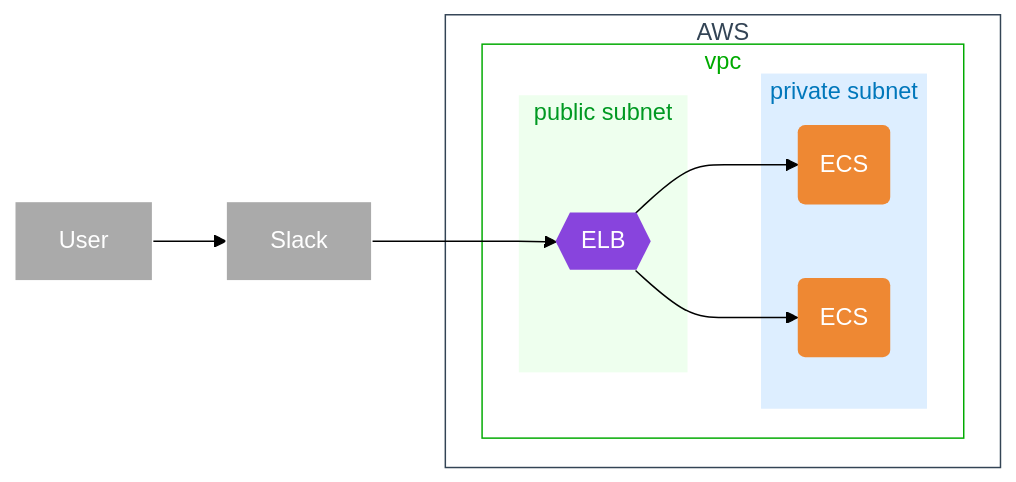
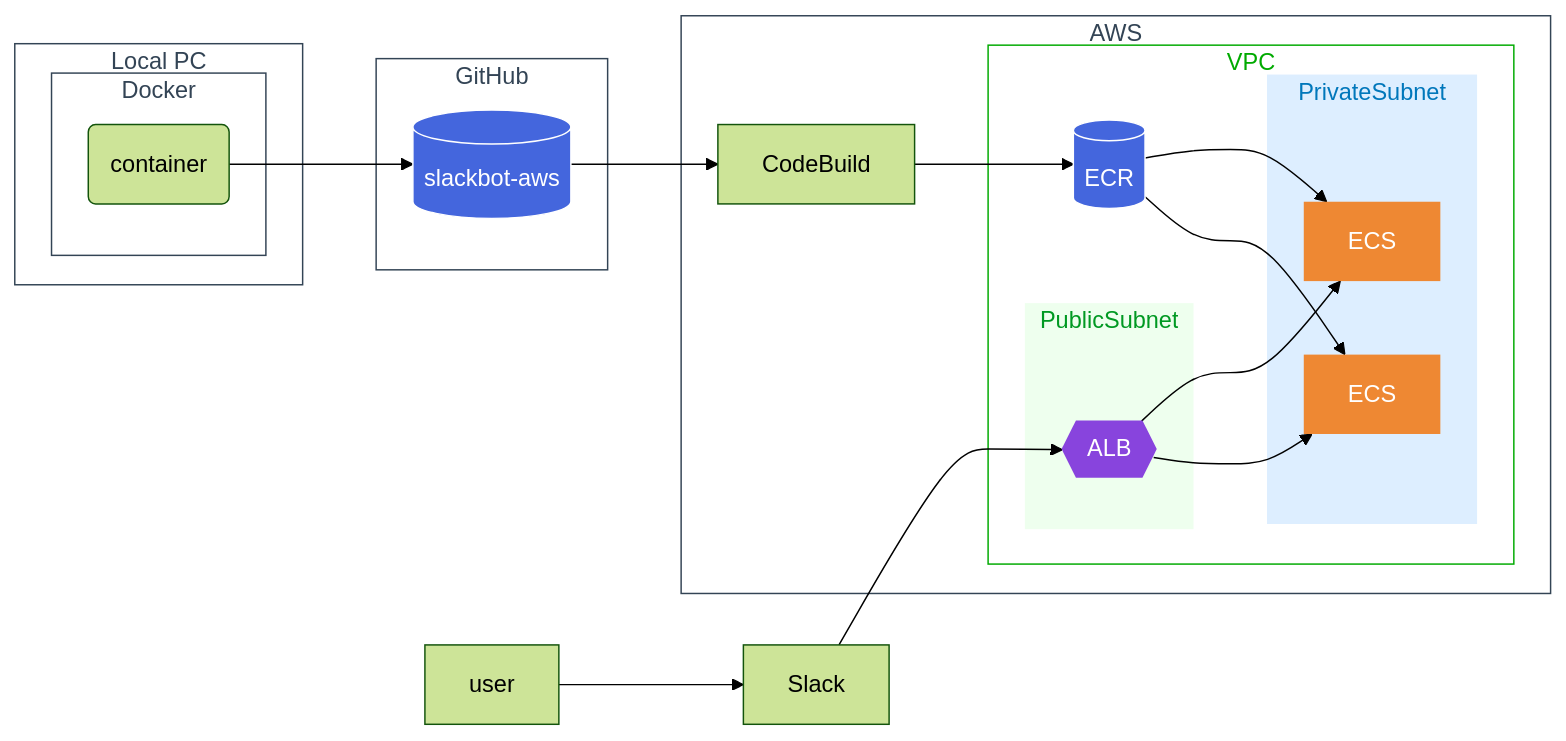
One commit to yuta3003/slackbot-aws changed the diagram in README.md. Above: the diagram before and after it, drawn with Mermaid (forest theme). The commit also changed other lines of this file, not shown here.

Commit message:
:memo: 構成図の追加

````diff
--- a/README.md
+++ b/README.md
@@ -43,59 +14,70 @@
 ```mermaid
 flowchart LR
 
-%%外部要素のUser
-OU1[User]
-OUS[Slack]
+subgraph PC[Local PC]
+  subgraph Docker[Docker]
+    Container("container")
+  end
+end
 
-%%グループとサービス
-subgraph GC[AWS]
-  subgraph GV[vpc]
-    subgraph GS1[public subnet]
-      NW1{{"ELB"}}
+subgraph GitHub[GitHub]
+  Repository[(slackbot-aws)]
+end
+
+subgraph AWS[AWS]
+  CodeBuild[CodeBuild]
+  subgraph VPC[VPC]
+    ECR[(ECR)]
+    subgraph PrivateSubnet[PrivateSubnet]
+      ECS1[ECS]
+      ECS2[ECS]
     end
-    subgraph GS2[private subnet]
-      CP1("ECS")
-      CP2("ECS")
+    subgraph PublicSubnet[PublicSubnet]
+      ALB{{ALB}}
     end
   end
 end
 
+USER[user]
+SLACK[Slack]
+
 %%サービス同士の関係
-OU1 --> OUS
-OUS --> NW1
-NW1 --> CP1
-NW1 --> CP2
+Container --> Repository
+Repository --> CodeBuild
+CodeBuild --> ECR
+ECR --> ECS1
+ECR --> ECS2
+ALB --> ECS1
+ALB --> ECS2
+USER --> SLACK
+SLACK --> ALB
 
 %%グループのスタイル
-classDef SGC fill:none,color:#345,stroke:#345
-class GC SGC
+classDef SGroup fill:none,color:#345,stroke:#345
+class PC SGroup
+class Docker SGroup
+class GitHub SGroup
+class AWS SGroup
 
-classDef SGV fill:none,color:#0a0,stroke:#0a0
-class GV SGV
+classDef SPublicSubnet fill:#efe,color:#092,stroke:none
+class PublicSubnet SPublicSubnet
 
-classDef SGPrS fill:#def,color:#07b,stroke:none
-class GS2 SGPrS
+classDef SPrivateSubnet fill:#def,color:#07b,stroke:none
+class PrivateSubnet SPrivateSubnet
 
-classDef SGPuS fill:#efe,color:#092,stroke:none
-class GS1 SGPuS
+classDef SVPC fill:none,color:#0a0,stroke:#0a0
+class VPC SVPC
 
 %%サービスのスタイル
-classDef SOU fill:#aaa,color:#fff,stroke:#fff
-class OU1 SOU
-class OUS SOU
+classDef SService fill:#aaa,color:#fff,stroke:#fff
+class OU1,OUS SService
+
+classDef SCP fill:#e83,color:#fff,stroke:none
+class ECS1,ECS2 SCP
 
 classDef SNW fill:#84d,color:#fff,stroke:none
-class NW1 SNW
-
-classDef SCP fill:#e83,color:#fff,stroke:none
-class CP1 SCP
-class CP2 SCP
+class ALB SNW
 
 classDef SDB fill:#46d,color:#fff,stroke:#fff
-class DB1 SDB
-
-classDef SST fill:#493,color:#fff,stroke:#fff
-class ST1 SST
-
-
+class ECR,Repository SDB
 ```
````
